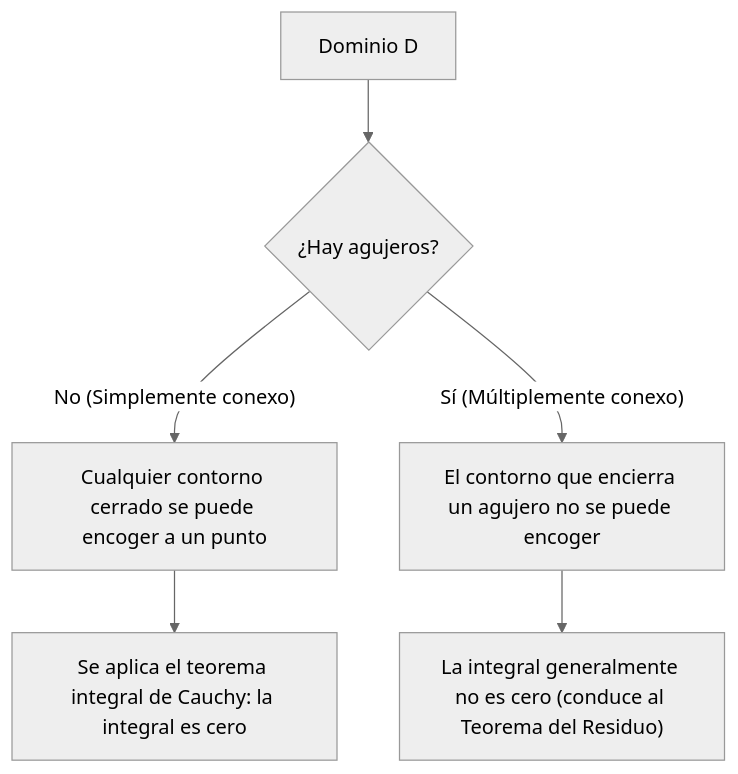
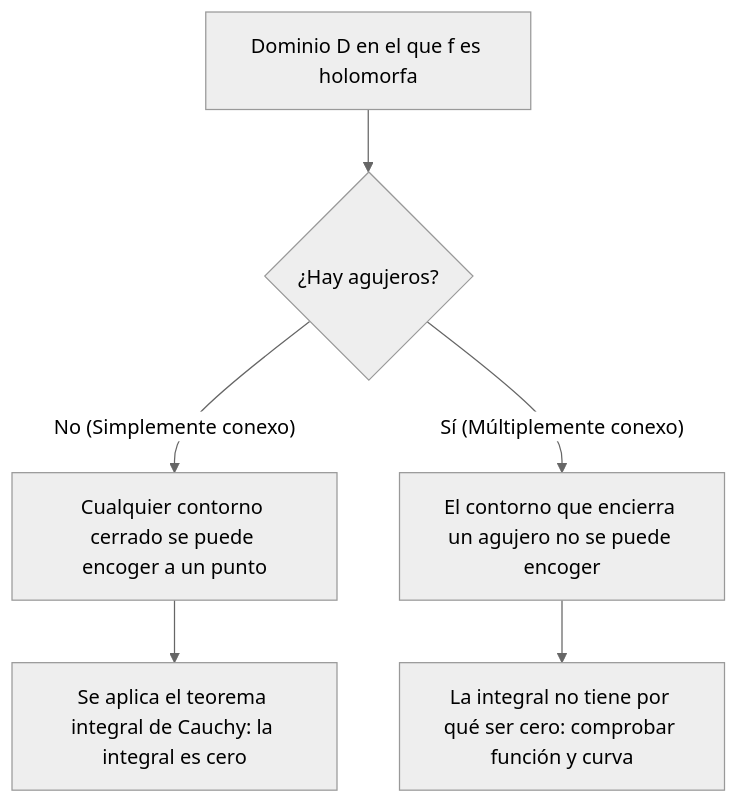
One commit to kenjinote/blog changed the diagram in content/post/cauchys-integral-theorem/index.es.md. Above: the diagram before and after it, drawn with Mermaid (neutral theme). The commit also changed other lines of this file and 9 other files, not shown here.

````diff
--- a/content/post/cauchys-integral-theorem/index.es.md
+++ b/content/post/cauchys-integral-theorem/index.es.md
@@ -95,8 +95,8 @@
 ```mermaid
 flowchart TD
-    A["Dominio D"] --> B{"¿Hay agujeros?"}
+    A["Dominio D en el que f es holomorfa"] --> B{"¿Hay agujeros?"}
     B -->|"No (Simplemente conexo)"| C["Cualquier contorno cerrado se puede encoger a un punto"]
     C --> D["Se aplica el teorema integral de Cauchy: la integral es cero"]
     B -->|"Sí (Múltiplemente conexo)"| E["El contorno que encierra un agujero no se puede encoger"]
-    E --> F["La integral generalmente no es cero (conduce al Teorema del Residuo)"]
+    E --> F["La integral no tiene por qué ser cero: comprobar función y curva"]
 ```
````
